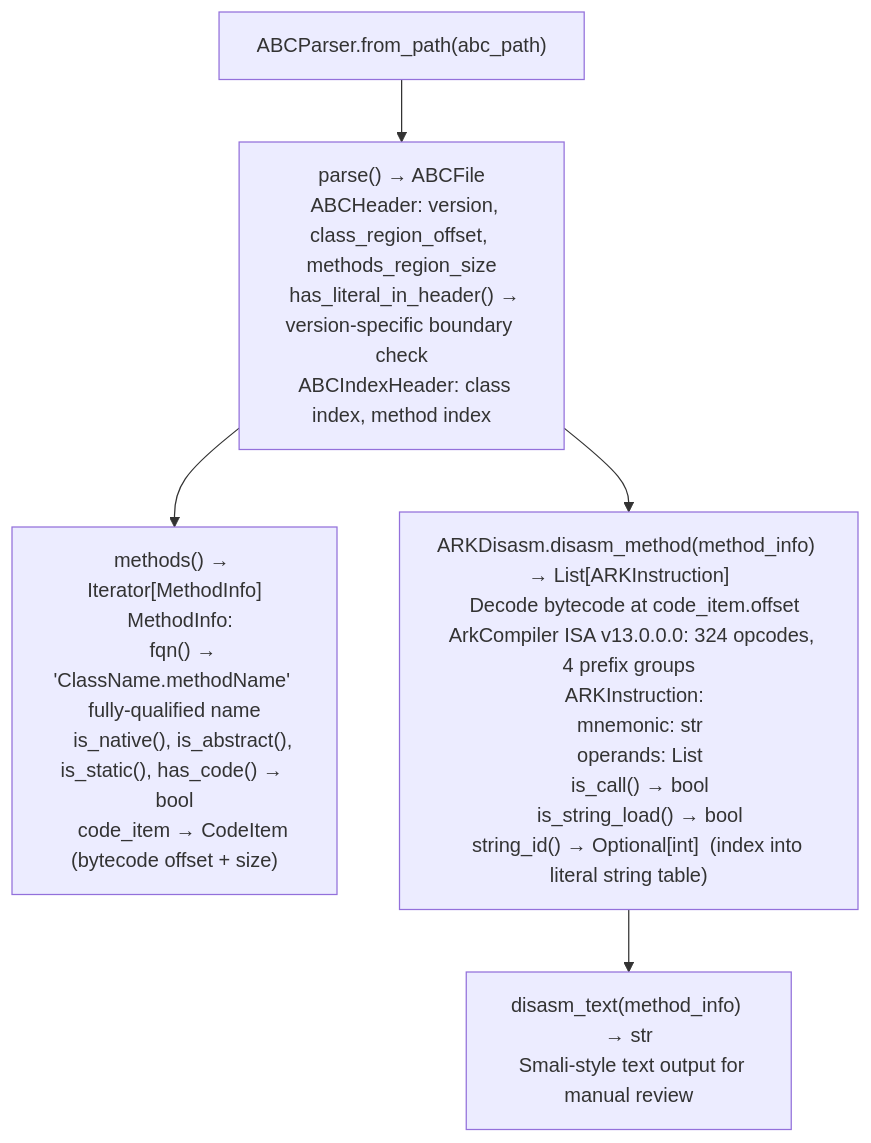
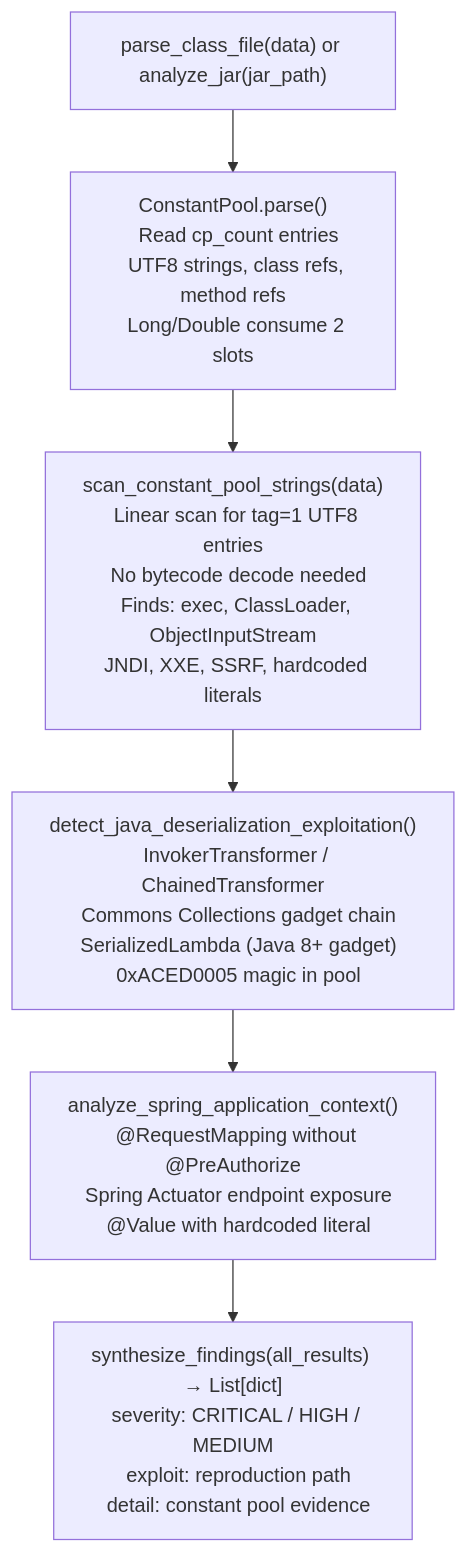
The diagram in docs/reference-modules/java-class-jar-parsing.md (Ablation-Tool/ablation), drawn with Mermaid before and after one commit. The commit also changed other lines of this file, not shown here.

Commit message:
docs: replace wrong HarmonyOS content in java-class-jar-parsing.md with Java doc

````diff
--- a/docs/reference-modules/java-class-jar-parsing.md
+++ b/docs/reference-modules/java-class-jar-parsing.md
@@ -19,7 +19,8 @@
 ```mermaid
 flowchart TD
-    A["ABCParser.from_path(abc_path)"] --> B["parse() → ABCFile\n  ABCHeader: version, class_region_offset, methods_region_size\n  has_literal_in_header() → version-specific boundary check\n  ABCIndexHeader: class index, method index"]
-    B --> C["methods() → Iterator[MethodInfo]\n  MethodInfo:\n    fqn() → 'ClassName.methodName' fully-qualified name\n    is_native(), is_abstract(), is_static(), has_code() → bool\n    code_item → CodeItem (bytecode offset + size)"]
-    B --> D["ARKDisasm.disasm_method(method_info) → List[ARKInstruction]\n  Decode bytecode at code_item.offset\n  ArkCompiler ISA v13.0.0.0: 324 opcodes, 4 prefix groups\n  ARKInstruction:\n    mnemonic: str\n    operands: List\n    is_call() → bool\n    is_string_load() → bool\n    string_id() → Optional[int]  (index into literal string table)"]
-    D --> E["disasm_text(method_info) → str\n  Smali-style text output for manual review"]
+    A["parse_class_file(data) or analyze_jar(jar_path)"] --> B["ConstantPool.parse()\n  Read cp_count entries\n  UTF8 strings, class refs, method refs\n  Long/Double consume 2 slots"]
+    B --> C["scan_constant_pool_strings(data)\n  Linear scan for tag=1 UTF8 entries\n  No bytecode decode needed\n  Finds: exec, ClassLoader, ObjectInputStream\n  JNDI, XXE, SSRF, hardcoded literals"]
+    C --> D["detect_java_deserialization_exploitation()\n  InvokerTransformer / ChainedTransformer\n  Commons Collections gadget chain\n  SerializedLambda (Java 8+ gadget)\n  0xACED0005 magic in pool"]
+    D --> E["analyze_spring_application_context()\n  @RequestMapping without @PreAuthorize\n  Spring Actuator endpoint exposure\n  @Value with hardcoded literal"]
+    E --> F["synthesize_findings(all_results) → List[dict]\n  severity: CRITICAL / HIGH / MEDIUM\n  exploit: reproduction path\n  detail: constant pool evidence"]
 ```
````
